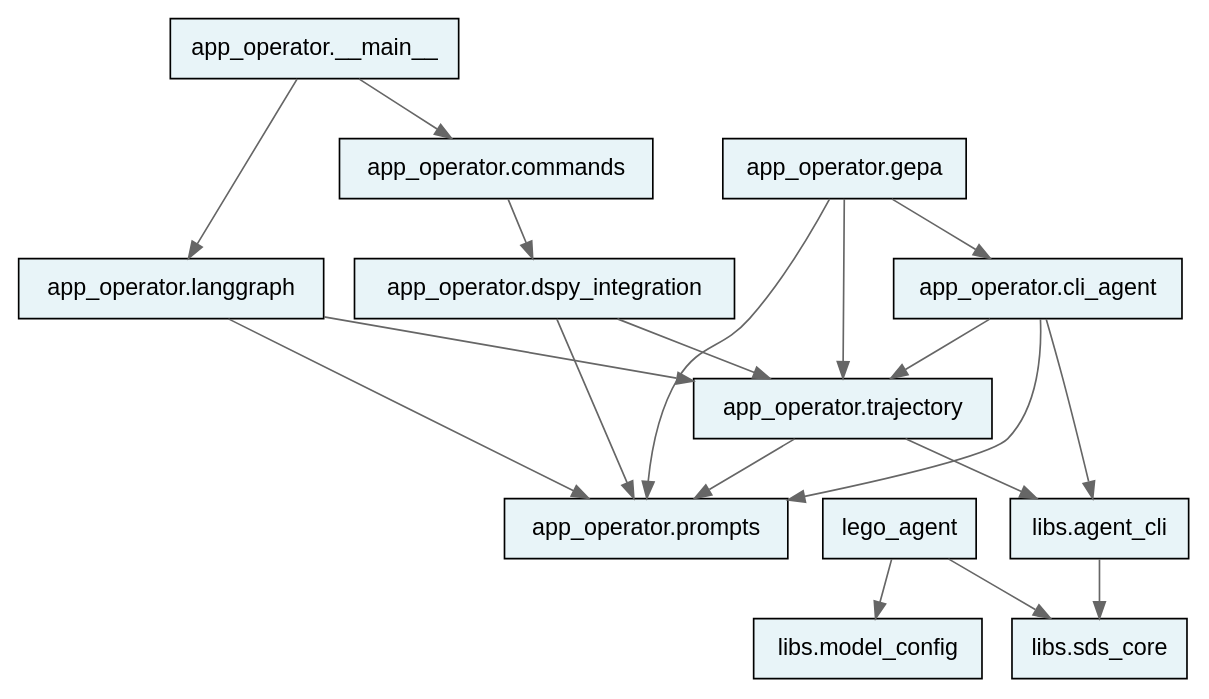
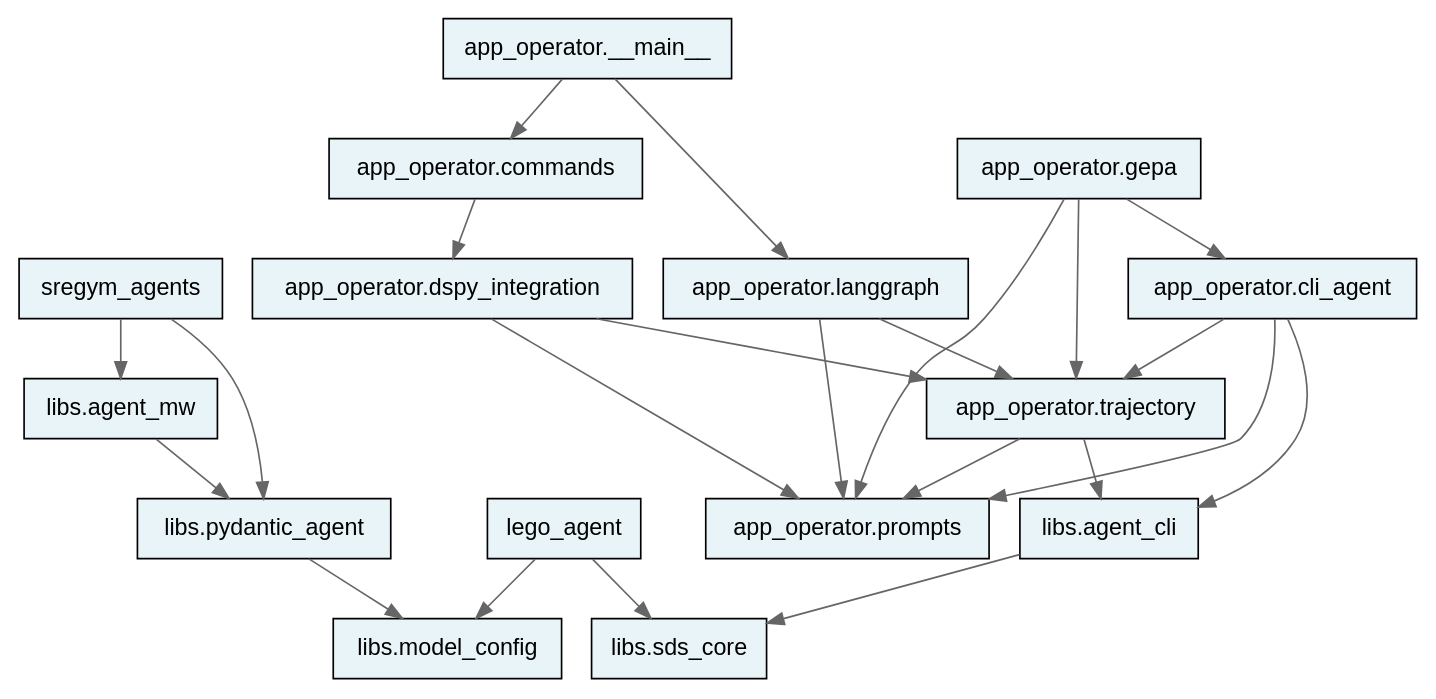
One commit to uw-syfi/sdo changed the diagram in docs/assets/tach_module_graph.dot. Above: the diagram before and after it, drawn with Graphviz. The commit also changed 31 other files, not shown here.

First line of the commit message:
feat: add SREGym benchmark support with crucible agent improvements

```diff
--- a/docs/assets/tach_module_graph.dot
+++ b/docs/assets/tach_module_graph.dot
@@ -1,24 +1,28 @@
 digraph tach_modules {
     rankdir=TB;
     node [shape=box, style=filled, fillcolor="#e8f4f8", fontname="Helvetica"];
     edge [color="#666666"];
 
+    "libs.pydantic_agent" -> "libs.model_config";
+    "libs.agent_mw" -> "libs.pydantic_agent";
     "libs.agent_cli" -> "libs.sds_core";
     "app_operator.trajectory" -> "app_operator.prompts";
     "app_operator.trajectory" -> "libs.agent_cli";
     "app_operator.dspy_integration" -> "app_operator.prompts";
     "app_operator.dspy_integration" -> "app_operator.trajectory";
     "app_operator.cli_agent" -> "app_operator.prompts";
     "app_operator.cli_agent" -> "app_operator.trajectory";
     "app_operator.cli_agent" -> "libs.agent_cli";
     "app_operator.langgraph" -> "app_operator.prompts";
     "app_operator.langgraph" -> "app_operator.trajectory";
     "app_operator.gepa" -> "app_operator.cli_agent";
     "app_operator.gepa" -> "app_operator.prompts";
     "app_operator.gepa" -> "app_operator.trajectory";
     "app_operator.commands" -> "app_operator.dspy_integration";
     "app_operator.__main__" -> "app_operator.commands";
     "app_operator.__main__" -> "app_operator.langgraph";
     "lego_agent" -> "libs.model_config";
     "lego_agent" -> "libs.sds_core";
+    "sregym_agents" -> "libs.pydantic_agent";
+    "sregym_agents" -> "libs.agent_mw";
 }
```
